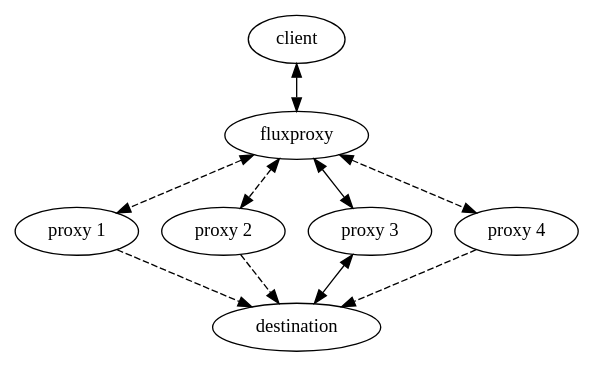
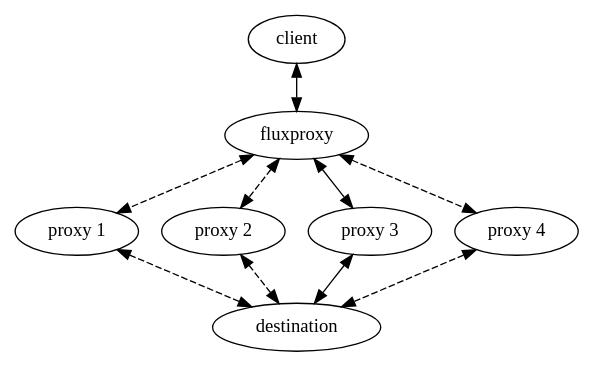
Before and after one commit to miku/httpgetaway: the diagram in static/fluxproxy.dot, drawn with Graphviz. The commit also changed 1 other file, not shown here.

```diff
--- a/static/fluxproxy.dot
+++ b/static/fluxproxy.dot
@@ -1,35 +1,40 @@
 digraph fluxproxy {
     concentrate=true;
     client -> "fluxproxy";
     "fluxproxy" -> client;
 
     "fluxproxy" -> "proxy 1" [style=dashed];
     "fluxproxy" -> "proxy 2" [style=dashed];
     "fluxproxy" -> "proxy 3" [style=solid];
     "fluxproxy" -> "proxy 4" [style=dashed];
 
     "proxy 1" -> "fluxproxy" [style=dashed];
     "proxy 2" -> "fluxproxy" [style=dashed];
     "proxy 3" -> "fluxproxy" [style=solid];
     "proxy 4" -> "fluxproxy" [style=dashed];
 
     subgraph {
 
         "proxy 1";
         "proxy 2";
         "proxy 3";
         "proxy 4";
 
         rank = same; "proxy 1", "proxy 2", "proxy 3", "proxy 4";
 
     }
 
     "proxy 3" -> "fluxproxy";
 
     "proxy 1" -> "destination" [style=dashed];
     "proxy 2" -> "destination" [style=dashed];
     "proxy 3" -> "destination" [style=solid];
     "proxy 4" -> "destination" [style=dashed];
 
+    "destination" -> "proxy 1" [style=dashed];
+    "destination" -> "proxy 2" [style=dashed];
+    "destination" -> "proxy 3" [style=solid];
+    "destination" -> "proxy 4" [style=dashed];
+
     "destination" -> "proxy 3";
 }
```
